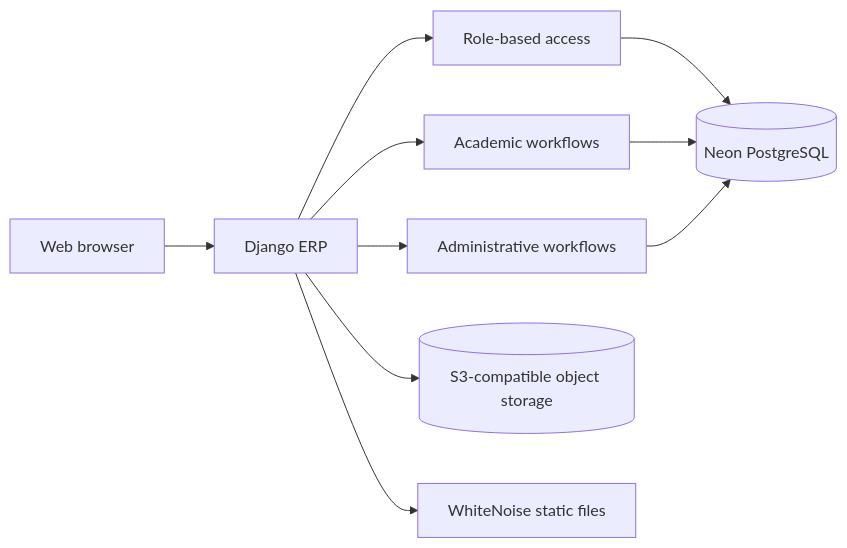
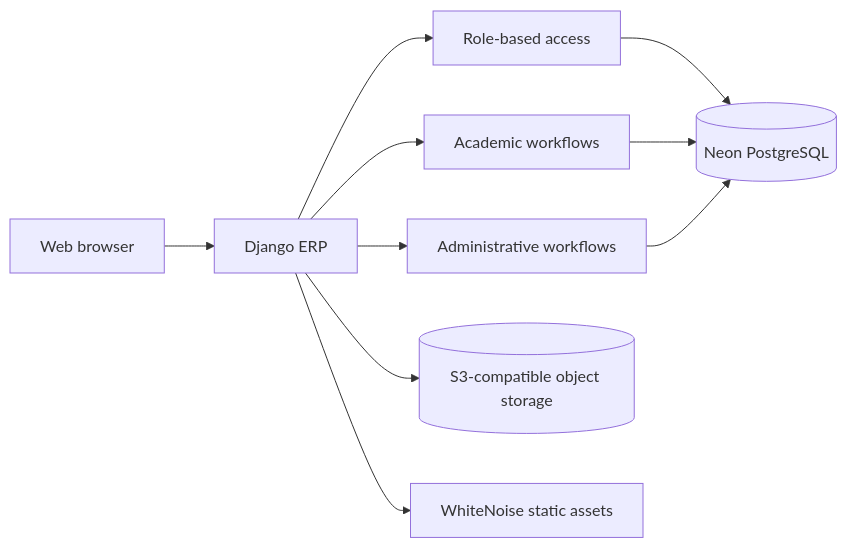
The diagram in README.md (Rohitnag2004/College-ERP-System), drawn with Mermaid before and after one commit. The commit also changed other lines of this file, not shown here.

````diff
--- a/README.md
+++ b/README.md
@@ -76,12 +101,12 @@
 ```mermaid
 flowchart LR
-    Browser[Web browser] --> Django[Django ERP]
-    Django --> Auth[Role-based access]
-    Django --> Academic[Academic workflows]
-    Django --> Admin[Administrative workflows]
-    Auth --> DB[(Neon PostgreSQL)]
+    Browser[Web browser] --> ERP[Django ERP]
+    ERP --> Roles[Role-based access]
+    ERP --> Academic[Academic workflows]
+    ERP --> Admin[Administrative workflows]
+    Roles --> DB[(Neon PostgreSQL)]
     Academic --> DB
     Admin --> DB
-    Django --> Files[(S3-compatible object storage)]
-    Django --> Static[WhiteNoise static files]
+    ERP --> Media[(S3-compatible object storage)]
+    ERP --> Static[WhiteNoise static assets]
 ```
````
